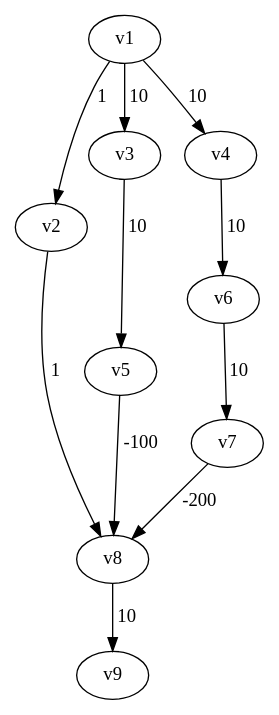
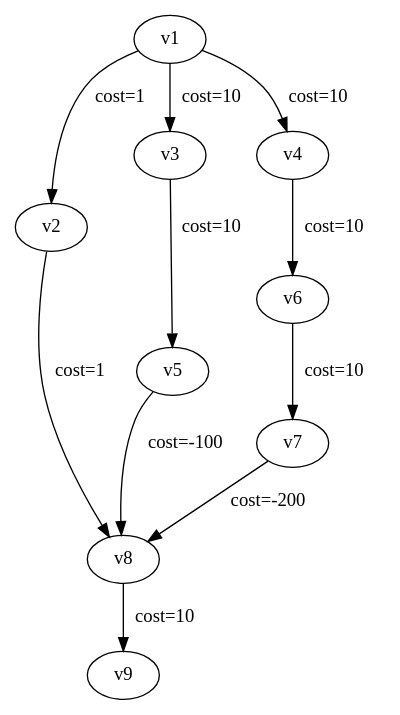
One commit to MaxPower9001/B-AI3GKAP changed the diagram in io/graph_06.dot. Above: the diagram before and after it, drawn with Graphviz. The commit also changed 20 other files, not shown here.

```diff
--- a/io/graph_06.dot
+++ b/io/graph_06.dot
@@ -1,22 +1,22 @@
 digraph graph_06
 {
 v1
 v2
 v3
 v4
 v8
 v5
 v6
 v7
 v9
-v1 -> v2 [label="1  "]
-v1 -> v3 [label="10  "]
-v1 -> v4 [label="10  "]
-v2 -> v8 [label="1  "]
-v3 -> v5 [label="10  "]
-v4 -> v6 [label="10  "]
-v8 -> v9 [label="10  "]
-v5 -> v8 [label="-100  "]
-v6 -> v7 [label="10  "]
-v7 -> v8 [label="-200  "]
+v1 -> v2 [label="cost=1  "]
+v1 -> v3 [label="cost=10  "]
+v1 -> v4 [label="cost=10  "]
+v2 -> v8 [label="cost=1  "]
+v3 -> v5 [label="cost=10  "]
+v4 -> v6 [label="cost=10  "]
+v8 -> v9 [label="cost=10  "]
+v5 -> v8 [label="cost=-100  "]
+v6 -> v7 [label="cost=10  "]
+v7 -> v8 [label="cost=-200  "]
 }
```
